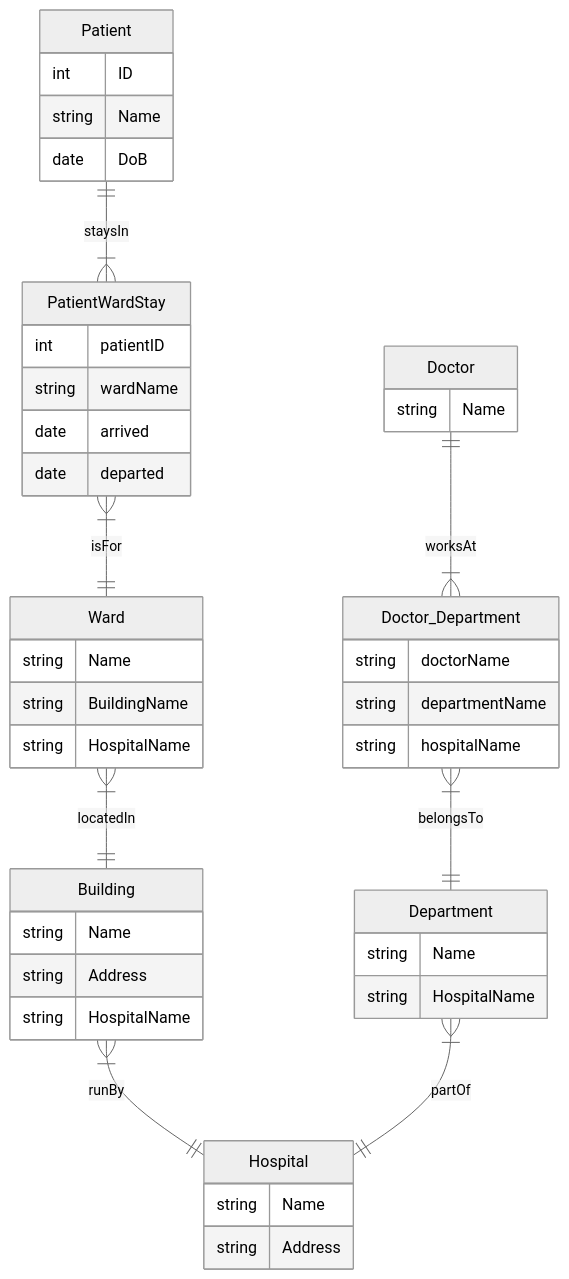
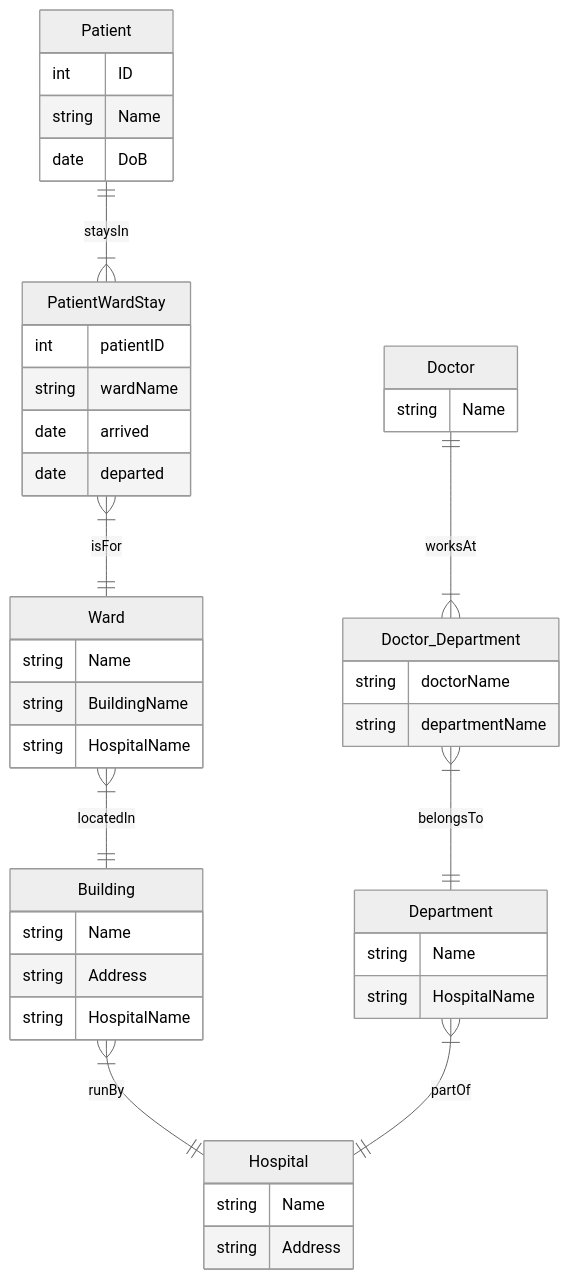
The diagram in Lectures/Solution Sheets - March 2022.md (sreent/data-management-intro), drawn with Mermaid (neutral theme) before and after one commit.

Commit message:
Update Solution Sheets - March 2022.md

````diff
--- a/Lectures/Solution Sheets - March 2022.md
+++ b/Lectures/Solution Sheets - March 2022.md
@@ -492,61 +492,60 @@
 ```mermaid
 erDiagram
 
     Patient {
         int ID
         string Name
         date DoB
     }
 
     Ward {
         string Name
         string BuildingName
         string HospitalName
     }
 
     Building {
         string Name
         string Address
         string HospitalName
     }
 
     Hospital {
         string Name
         string Address
     }
 
     Department {
         string Name
         string HospitalName
     }
 
     Doctor {
         string Name
     }
 
     PatientWardStay {
         int patientID
         string wardName
         date arrived
         date departed
     }
 
     Doctor_Department {
         string doctorName
         string departmentName
-        string hospitalName
     }
 
     %% Relationships
 
     Patient ||--|{ PatientWardStay : "staysIn"
     PatientWardStay }|--|| Ward : "isFor"
 
     Ward }|--|| Building : "locatedIn"
     Building }|--|| Hospital : "runBy"
 
     Department }|--|| Hospital : "partOf" 
     Doctor ||--|{ Doctor_Department : "worksAt"
     Doctor_Department }|--|| Department : "belongsTo"
 
 ```
````
